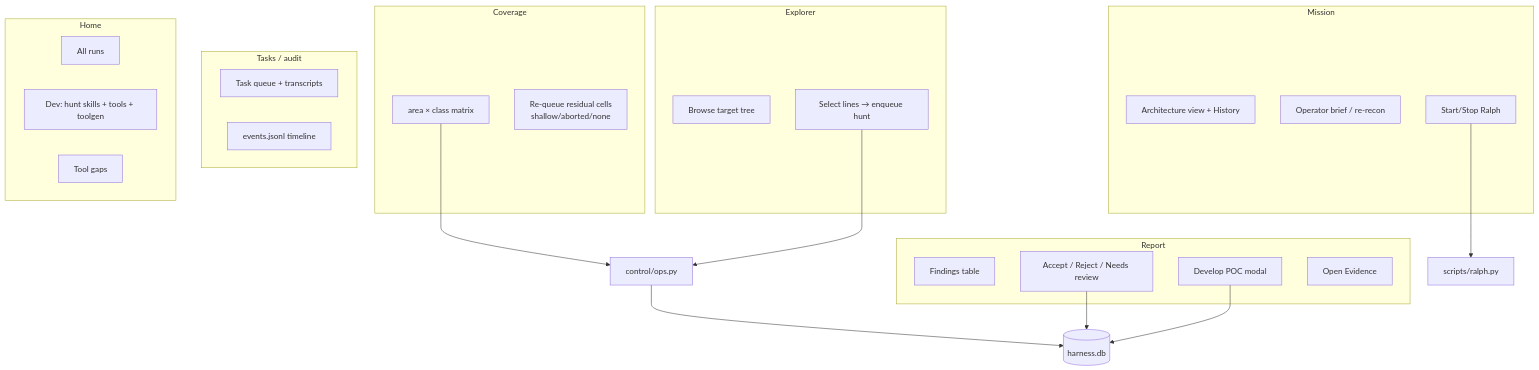
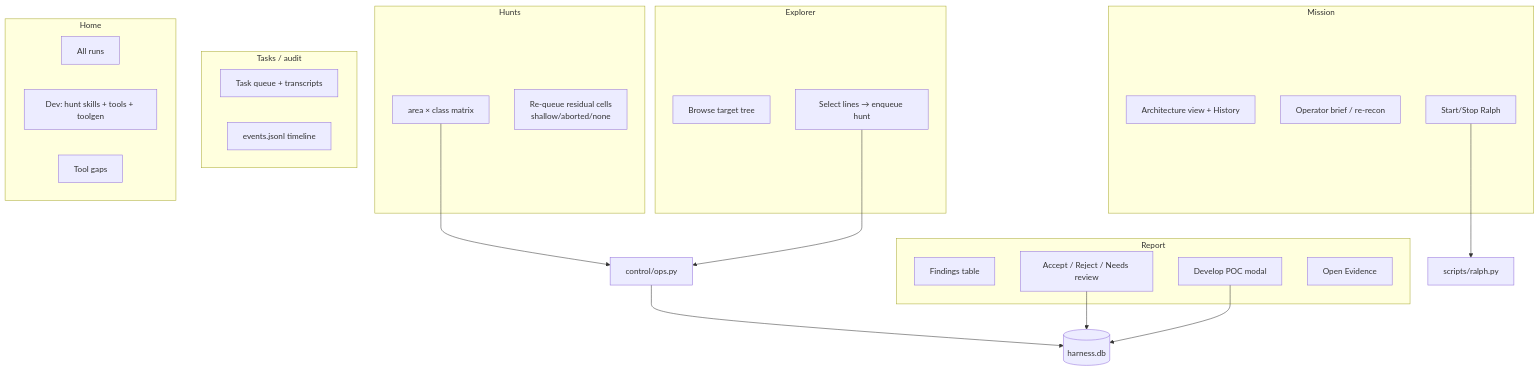
One commit to EndsHunter/VulnForge changed diagram 18 of 19 in docs/AGENTS_MAP.md. Above: the diagram before and after it, drawn with Mermaid. The commit also changed other lines of this file and 23 other files, not shown here.

````diff
--- a/docs/AGENTS_MAP.md
+++ b/docs/AGENTS_MAP.md
@@ -790,43 +792,43 @@
 ```mermaid
 flowchart TB
   subgraph mission["Mission"]
     Arch["Architecture view + History"]
     Brief["Operator brief / re-recon"]
     RalphCtl["Start/Stop Ralph"]
   end
 
-  subgraph coverage["Coverage"]
+  subgraph coverage["Hunts"]
     Matrix["area × class matrix"]
     ReQ["Re-queue residual cells\nshallow/aborted/none"]
   end
 
   subgraph explorer["Explorer"]
     Browse["Browse target tree"]
     Sel["Select lines → enqueue hunt"]
   end
 
   subgraph report["Report"]
     Table["Findings table"]
     Rev["Accept / Reject / Needs review"]
     POC["Develop POC modal"]
     EvOpen["Open Evidence"]
   end
 
   subgraph tasks["Tasks / audit"]
     Queue["Task queue + transcripts"]
     Timeline["events.jsonl timeline"]
   end
 
   subgraph home["Home"]
     Runs["All runs"]
     Dev["Dev: hunt skills + tools + toolgen"]
     Gaps["Tool gaps"]
   end
 
   Matrix --> Ops["control/ops.py"]
   Sel --> Ops
   Ops --> DB[("harness.db")]
   Rev --> DB
   POC --> DB
   RalphCtl --> Ralph["scripts/ralph.py"]
 ```
````
